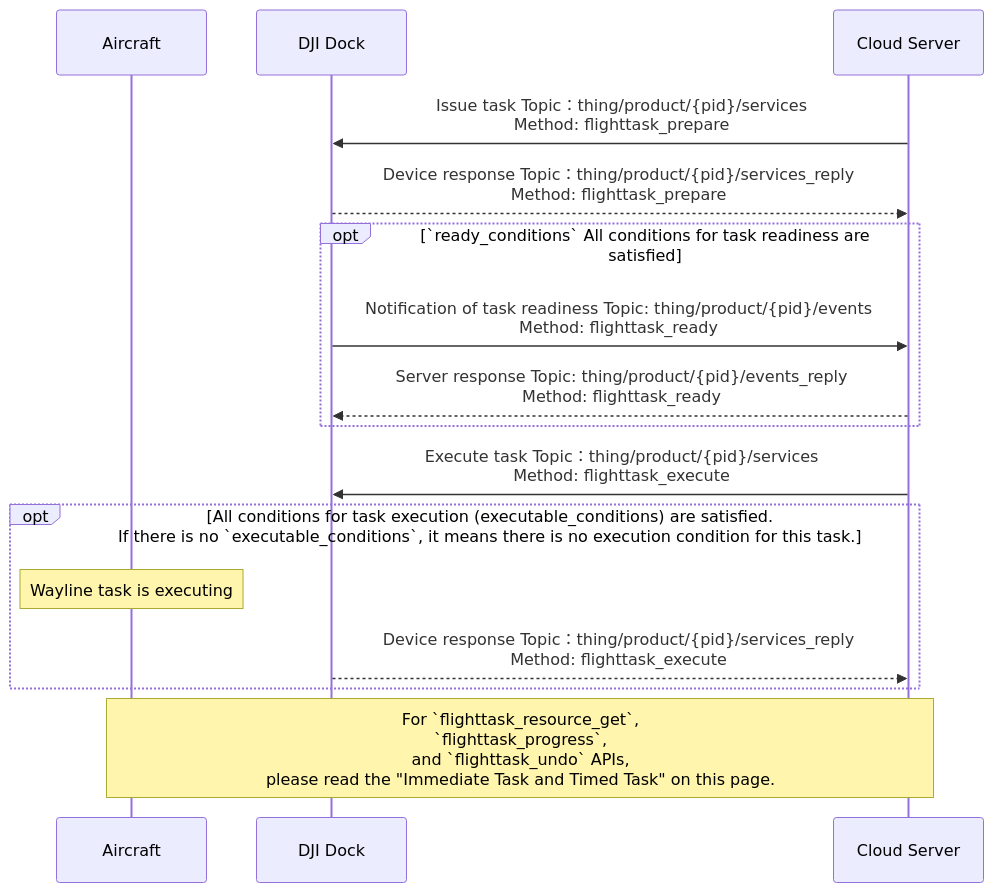
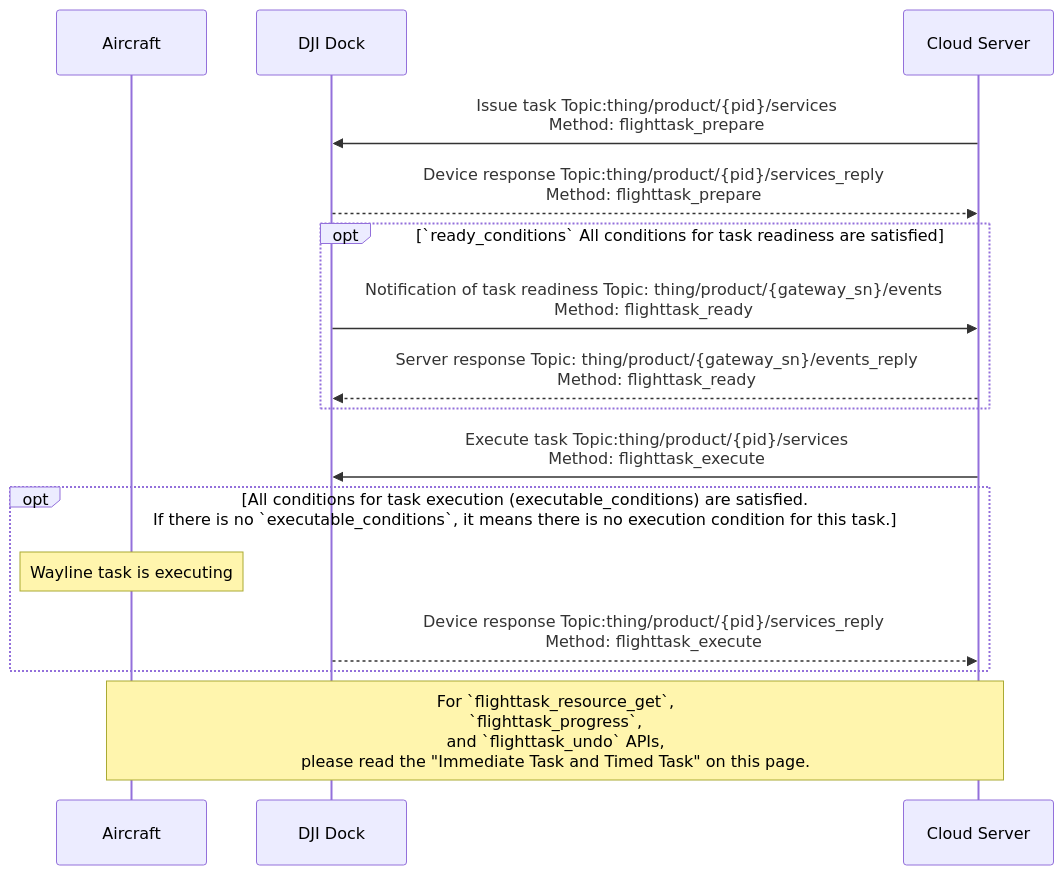
Before and after one commit to dji-sdk/Cloud-API-Doc: the second of 2 diagrams in docs/en/30.feature-set/20.dock-feature-set/50.dock-wayline-management.md, drawn with Mermaid. The commit also changed other lines of this file and 72 other files, not shown here.

````diff
--- a/docs/en/30.feature-set/20.dock-feature-set/50.dock-wayline-management.md
+++ b/docs/en/30.feature-set/20.dock-feature-set/50.dock-wayline-management.md
@@ -60,24 +60,24 @@
 ```mermaid
 sequenceDiagram
 
 participant object as Aircraft
 participant client as DJI Dock
 participant server as Cloud Server
 
-server ->> client: Issue task Topic：thing/product/{pid}/services<br/>Method: flighttask_prepare
-client -->> server: Device response Topic：thing/product/{pid}/services_reply<br/>Method: flighttask_prepare
+server ->> client: Issue task Topic:thing/product/{pid}/services<br/>Method: flighttask_prepare
+client -->> server: Device response Topic:thing/product/{pid}/services_reply<br/>Method: flighttask_prepare
 
 opt `ready_conditions` All conditions for task readiness are satisfied
-client ->> server: Notification of task readiness Topic: thing/product/{pid}/events<br/>Method: flighttask_ready
-server -->> client: Server response Topic: thing/product/{pid}/events_reply<br/>Method: flighttask_ready
+client ->> server: Notification of task readiness Topic: thing/product/{gateway_sn}/events<br/>Method: flighttask_ready
+server -->> client: Server response Topic: thing/product/{gateway_sn}/events_reply<br/>Method: flighttask_ready
 end
 
-server ->> client: Execute task Topic：thing/product/{pid}/services<br/>Method: flighttask_execute
+server ->> client: Execute task Topic:thing/product/{pid}/services<br/>Method: flighttask_execute
 opt All conditions for task execution (executable_conditions) are satisfied. <br/> If there is no `executable_conditions`, it means there is no execution condition for this task.
 note over object: Wayline task is executing
-client -->> server: Device response Topic：thing/product/{pid}/services_reply<br/>Method: flighttask_execute
+client -->> server: Device response Topic:thing/product/{pid}/services_reply<br/>Method: flighttask_execute
 end
 
 note over object, server: For `flighttask_resource_get`,<br/>`flighttask_progress`,<br/> and `flighttask_undo` APIs,<br/> please read the "Immediate Task and Timed Task" on this page.
 
 ```
````
